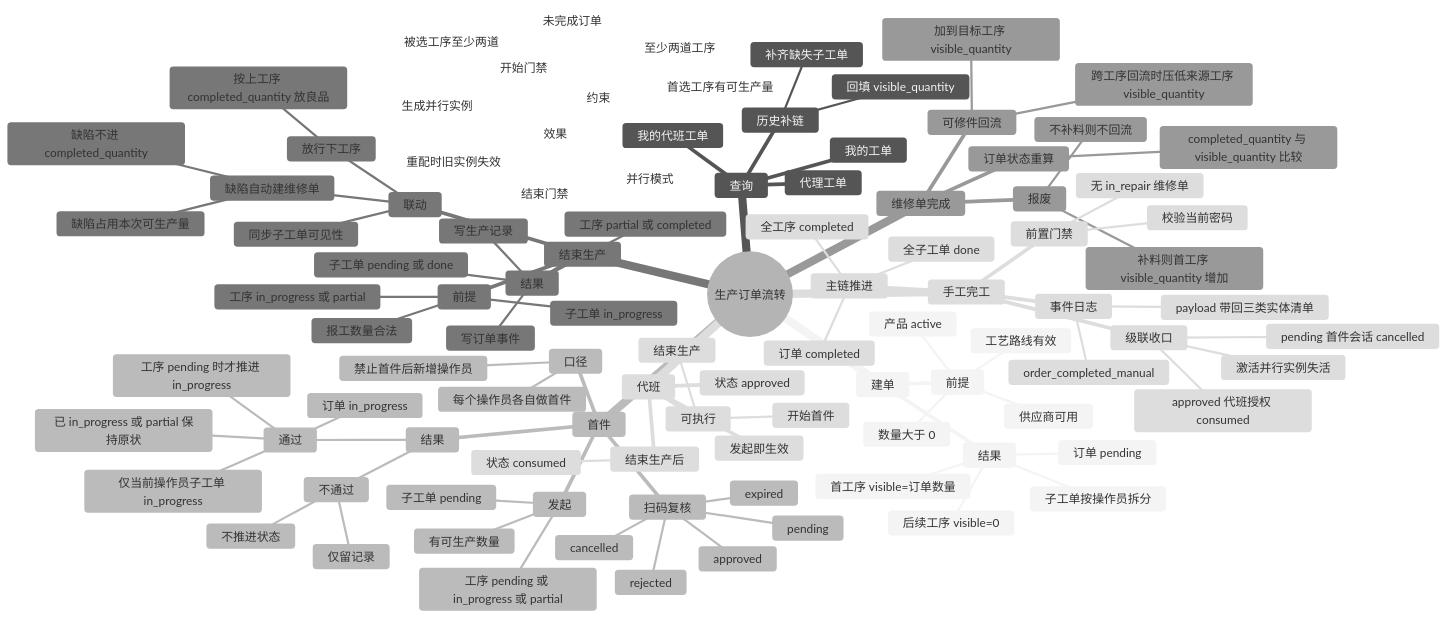
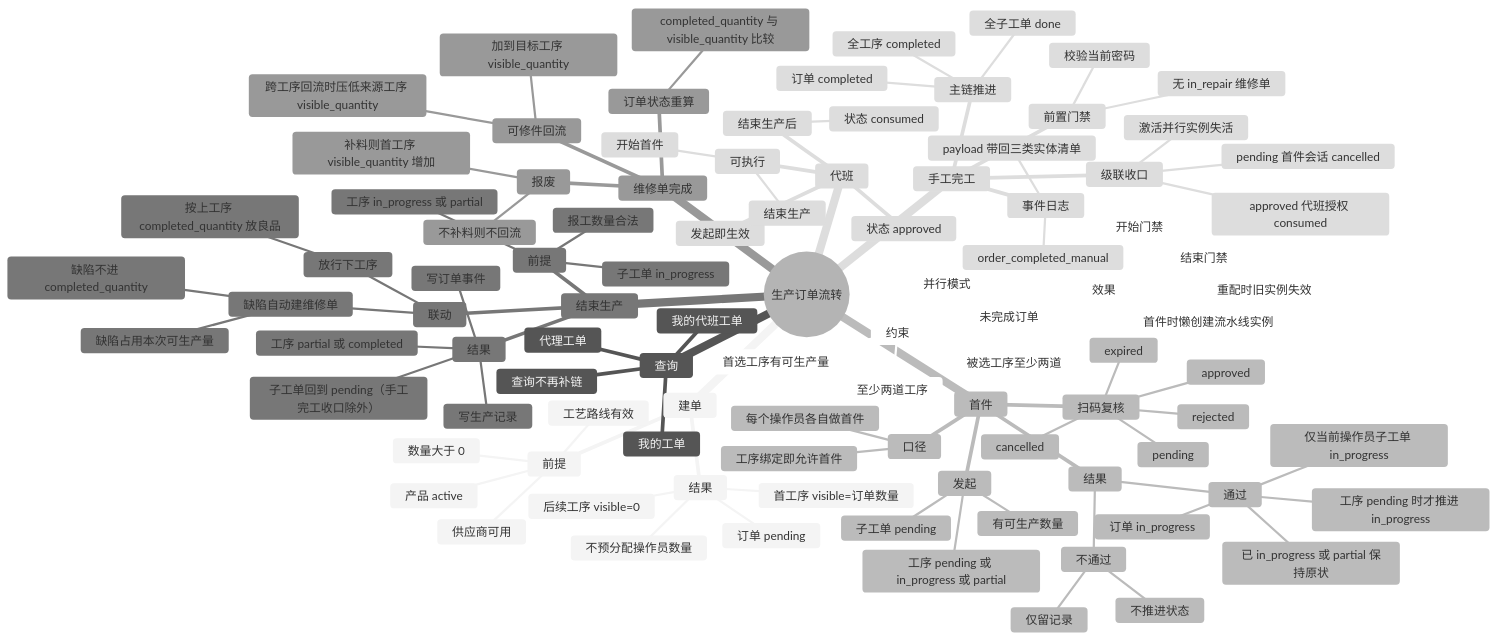
Before and after one commit to donkilove/ZYKJ_MES: the first of 3 diagrams in docs/生产订单流转/03-生产订单流转思维导图.md, drawn with Mermaid (neutral theme). The commit also changed other lines of this file and 3 other files, not shown here.

```diff
--- a/docs/生产订单流转/03-生产订单流转思维导图.md
+++ b/docs/生产订单流转/03-生产订单流转思维导图.md
@@ -15,18 +15,16 @@
         订单 pending
         首工序 visible=订单数量
         后续工序 visible=0
-        子工单按操作员拆分
+        不预分配操作员数量
     查询
       我的工单
       代理工单
       我的代班工单
-      历史补链
-        回填 visible_quantity
-        补齐缺失子工单
+      查询不再补链
     首件
       口径
         每个操作员各自做首件
-        禁止首件后新增操作员
+        工序绑定即允许首件
       发起
         工序 pending 或 in_progress 或 partial
         子工单 pending
@@ -53,13 +51,12 @@
         报工数量合法
       结果
         工序 partial 或 completed
-        子工单 pending 或 done
+        子工单回到 pending（手工完工收口除外）
         写生产记录
         写订单事件
       联动
         放行下工序
           按上工序 completed_quantity 放良品
-        同步子工单可见性
         缺陷自动建维修单
           缺陷不进 completed_quantity
           缺陷占用本次可生产量
@@ -87,7 +84,7 @@
         被选工序至少两道
         首选工序有可生产量
       效果
-        生成并行实例
+        首件时懒创建流水线实例
         开始门禁
         结束门禁
         重配时旧实例失效
```
